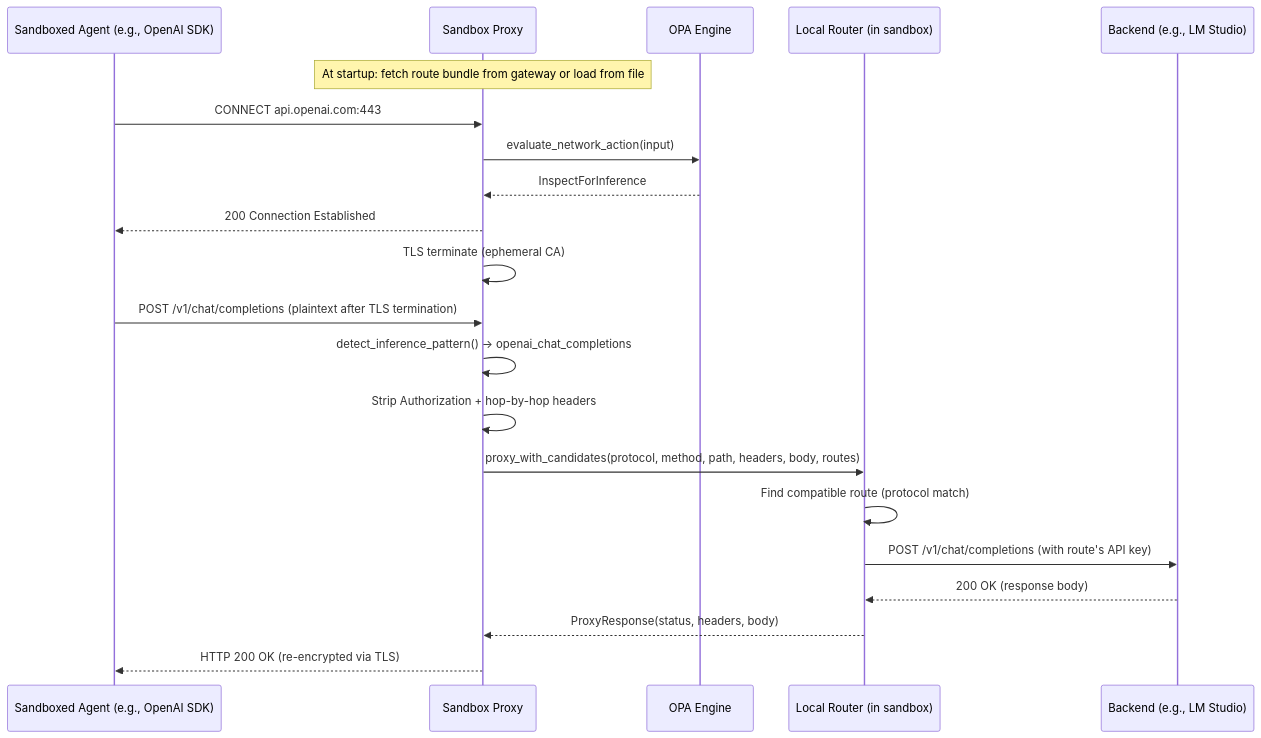
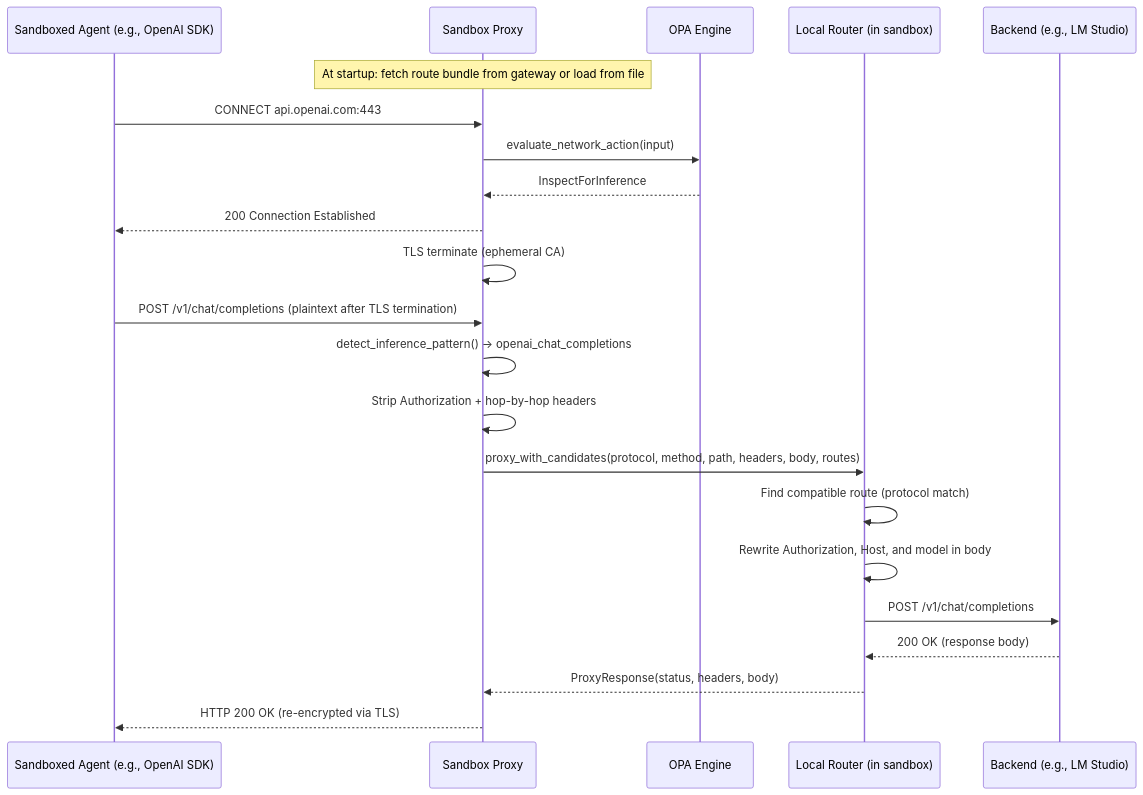
The second of 3 diagrams in architecture/inference-routing.md (NVIDIA/OpenShell), drawn with Mermaid before and after one commit. The commit also changed other lines of this file and 3 other files, not shown here.

First line of the commit message:
fix(router): replace model ID in request body with route-configured model (!56)

````diff
--- a/architecture/inference-routing.md
+++ b/architecture/inference-routing.md
@@ -59,25 +59,26 @@
 ```mermaid
 sequenceDiagram
     participant Agent as Sandboxed Agent (e.g., OpenAI SDK)
     participant Proxy as Sandbox Proxy
     participant OPA as OPA Engine
     participant Router as Local Router (in sandbox)
     participant Backend as Backend (e.g., LM Studio)
 
     Note over Proxy: At startup: fetch route bundle from gateway or load from file
 
     Agent->>Proxy: CONNECT api.openai.com:443
     Proxy->>OPA: evaluate_network_action(input)
     OPA-->>Proxy: InspectForInference
     Proxy-->>Agent: 200 Connection Established
     Proxy->>Proxy: TLS terminate (ephemeral CA)
     Agent->>Proxy: POST /v1/chat/completions (plaintext after TLS termination)
     Proxy->>Proxy: detect_inference_pattern() -> openai_chat_completions
     Proxy->>Proxy: Strip Authorization + hop-by-hop headers
     Proxy->>Router: proxy_with_candidates(protocol, method, path, headers, body, routes)
     Router->>Router: Find compatible route (protocol match)
-    Router->>Backend: POST /v1/chat/completions (with route's API key)
+    Router->>Router: Rewrite Authorization, Host, and model in body
+    Router->>Backend: POST /v1/chat/completions
     Backend-->>Router: 200 OK (response body)
     Router-->>Proxy: ProxyResponse(status, headers, body)
     Proxy-->>Agent: HTTP 200 OK (re-encrypted via TLS)
 ```
````
